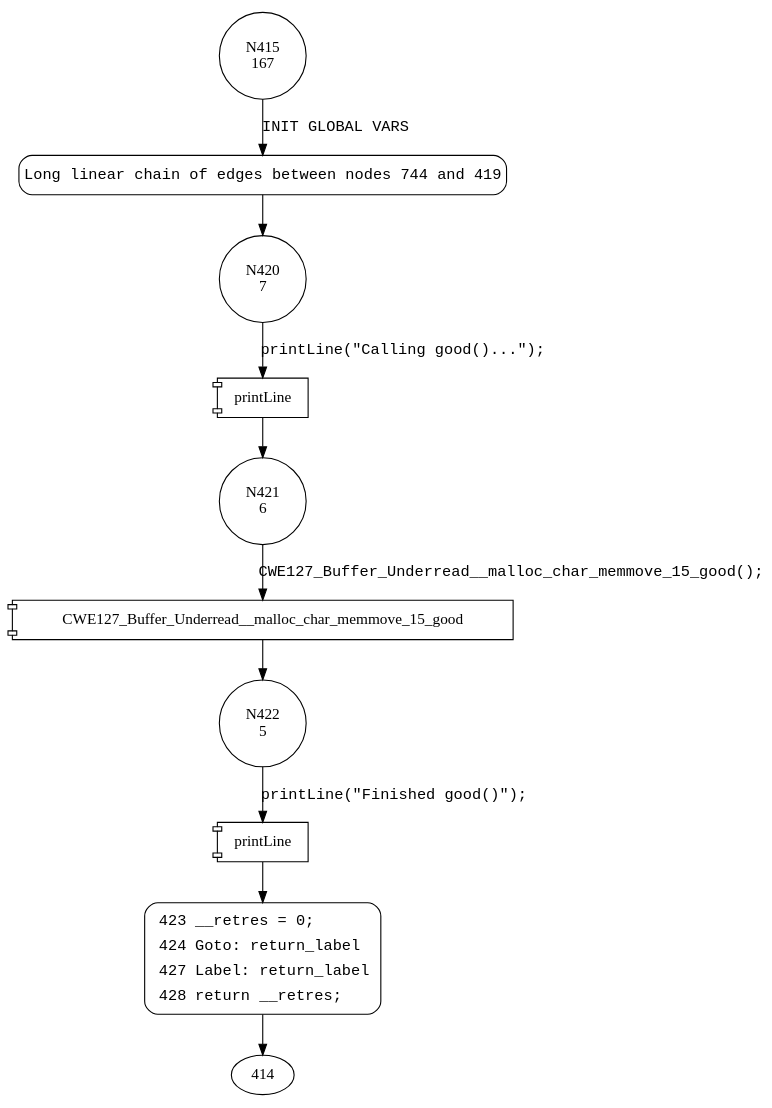
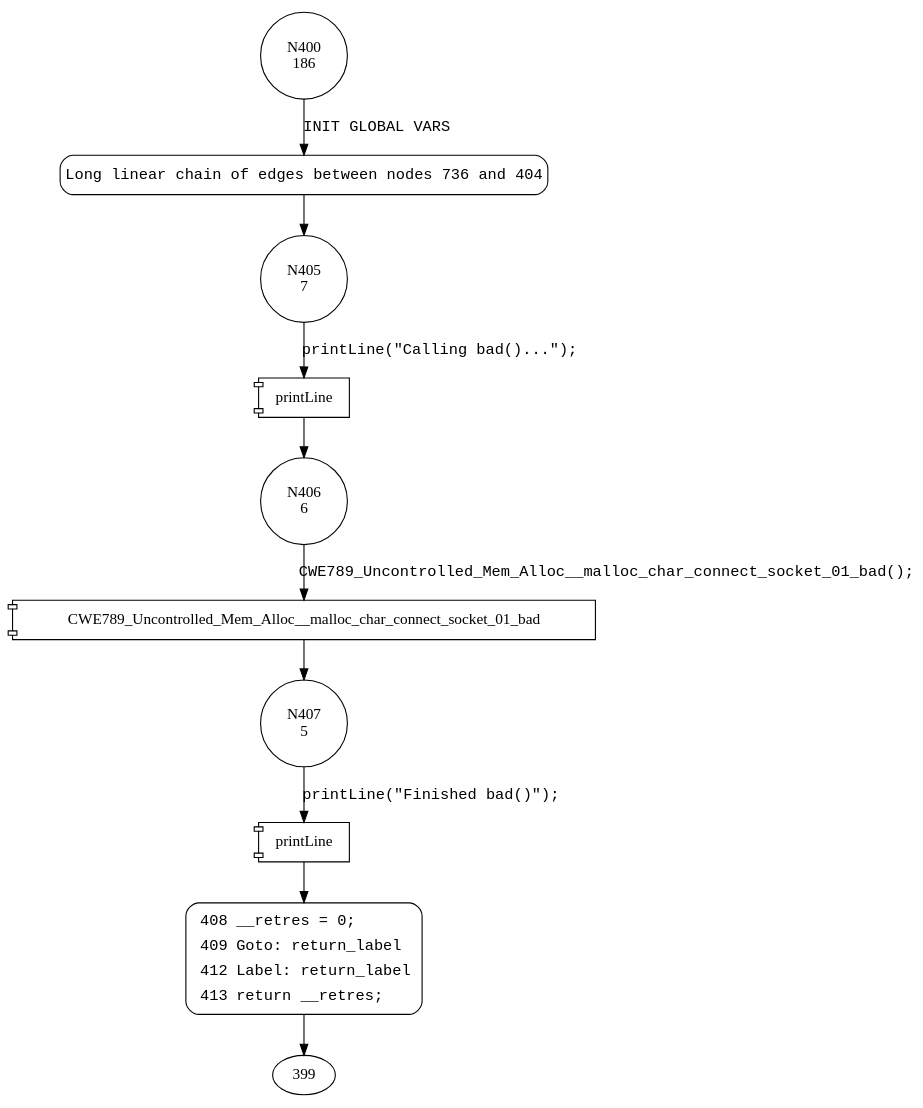
One commit to rifatbit0401/svcomp changed the diagram in Juliet_Test_Copy_1/output/cfa/cfa__main.dot. Above: the diagram before and after it, drawn with Graphviz. The commit also changed 73 other files, not shown here.

```diff
--- a/Juliet_Test_Copy_1/output/cfa/cfa__main.dot
+++ b/Juliet_Test_Copy_1/output/cfa/cfa__main.dot
@@ -1,22 +1,22 @@
 digraph main {
-415 [shape="circle" label="N415\n167"]
-744 [shape="circle" label="N744\n166"]
-420 [shape="circle" label="N420\n7"]
-421 [shape="circle" label="N421\n6"]
-422 [shape="circle" label="N422\n5"]
-423 [shape="circle" label="N423\n4"]
-744 [style="filled,bold" penwidth="1" fillcolor="white" fontname="Courier New" shape="Mrecord" label="Long linear chain of edges between nodes 744 and 419"]
-744 -> 420[label=""]
-423 [style="filled,bold" penwidth="1" fillcolor="white" fontname="Courier New" shape="Mrecord" label=<<table border="0" cellborder="0" cellpadding="3" bgcolor="white"><tr><td align="right">423</td><td align="left">__retres = 0;</td></tr><tr><td align="right">424</td><td align="left">Goto: return_label</td></tr><tr><td align="right">427</td><td align="left">Label: return_label</td></tr><tr><td align="right">428</td><td align="left">return __retres;</td></tr></table>>]
-423 -> 414[label=""]
-415 -> 744 [label="INIT GLOBAL VARS" fontname="Courier New"]
+400 [shape="circle" label="N400\n186"]
+736 [shape="circle" label="N736\n185"]
+405 [shape="circle" label="N405\n7"]
+406 [shape="circle" label="N406\n6"]
+407 [shape="circle" label="N407\n5"]
+408 [shape="circle" label="N408\n4"]
+736 [style="filled,bold" penwidth="1" fillcolor="white" fontname="Courier New" shape="Mrecord" label="Long linear chain of edges between nodes 736 and 404"]
+736 -> 405[label=""]
+408 [style="filled,bold" penwidth="1" fillcolor="white" fontname="Courier New" shape="Mrecord" label=<<table border="0" cellborder="0" cellpadding="3" bgcolor="white"><tr><td align="right">408</td><td align="left">__retres = 0;</td></tr><tr><td align="right">409</td><td align="left">Goto: return_label</td></tr><tr><td align="right">412</td><td align="left">Label: return_label</td></tr><tr><td align="right">413</td><td align="left">return __retres;</td></tr></table>>]
+408 -> 399[label=""]
+400 -> 736 [label="INIT GLOBAL VARS" fontname="Courier New"]
+100003 [shape="component" label="printLine"]
+405 -> 100003 [label="printLine(\"Calling bad()...\");" fontname="Courier New"]
+100003 -> 406 [label="" fontname="Courier New"]
+100004 [shape="component" label="CWE789_Uncontrolled_Mem_Alloc__malloc_char_connect_socket_01_bad"]
+406 -> 100004 [label="CWE789_Uncontrolled_Mem_Alloc__malloc_char_connect_socket_01_bad();" fontname="Courier New"]
+100004 -> 407 [label="" fontname="Courier New"]
 100005 [shape="component" label="printLine"]
-420 -> 100005 [label="printLine(\"Calling good()...\");" fontname="Courier New"]
-100005 -> 421 [label="" fontname="Courier New"]
-100006 [shape="component" label="CWE127_Buffer_Underread__malloc_char_memmove_15_good"]
-421 -> 100006 [label="CWE127_Buffer_Underread__malloc_char_memmove_15_good();" fontname="Courier New"]
-100006 -> 422 [label="" fontname="Courier New"]
-100007 [shape="component" label="printLine"]
-422 -> 100007 [label="printLine(\"Finished good()\");" fontname="Courier New"]
-100007 -> 423 [label="" fontname="Courier New"]
+407 -> 100005 [label="printLine(\"Finished bad()\");" fontname="Courier New"]
+100005 -> 408 [label="" fontname="Courier New"]
 }
```
